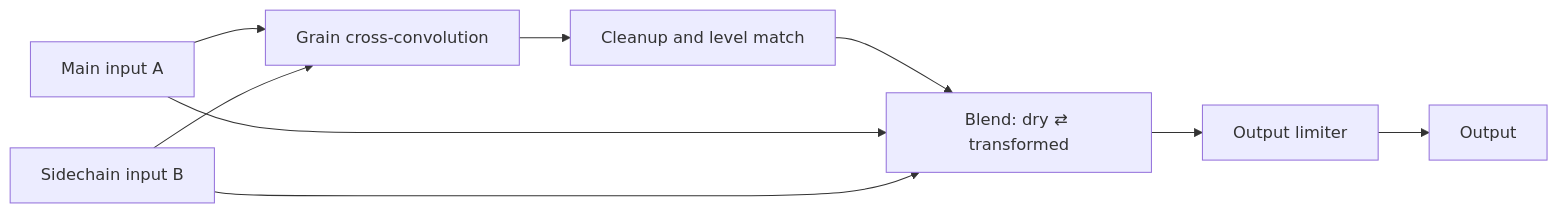
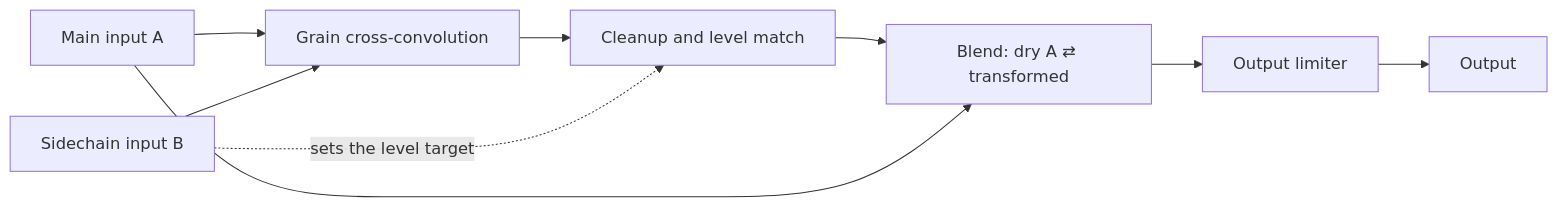
Before and after one commit to mrod502/vst3: the diagram in README.md, drawn with Mermaid. The commit also changed other lines of this file and 1 other file, not shown here.

````diff
--- a/README.md
+++ b/README.md
@@ -14,10 +14,10 @@
 ```mermaid
 graph LR
   A[Main input A] --> G[Grain cross-convolution]
   B[Sidechain input B] --> G
   G --> P[Cleanup and level match]
-  P --> M[Blend: dry ⇄ transformed]
+  P --> M[Blend: dry A ⇄ transformed]
   A --> M
-  B --> M
+  B -.->|sets the level target| P
   M --> L[Output limiter] --> OUT[Output]
 ```
````
